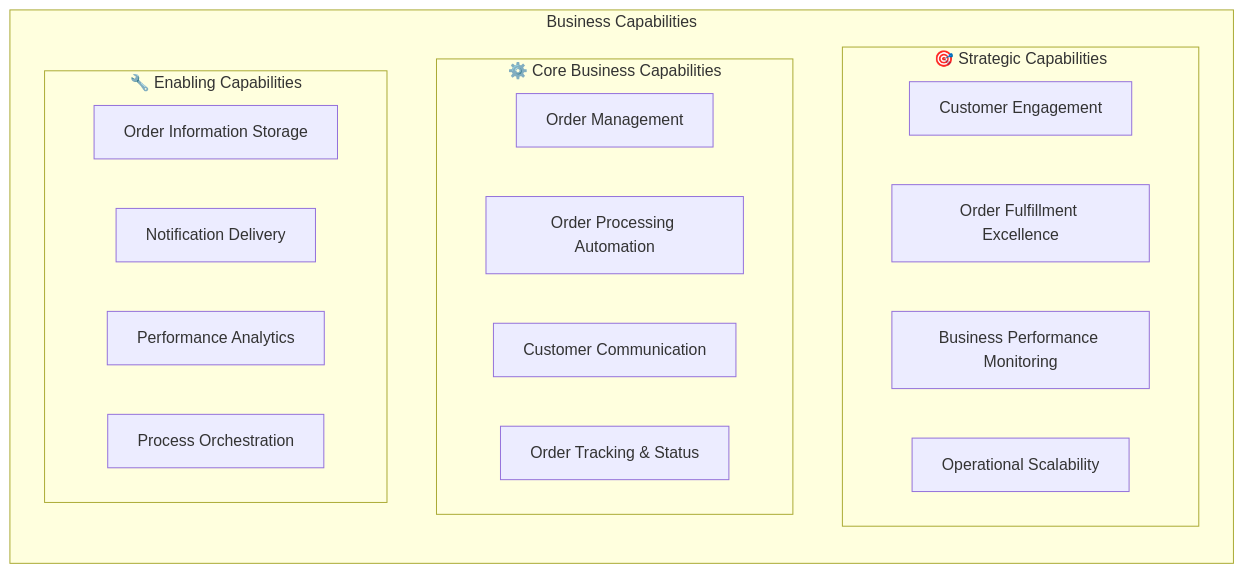
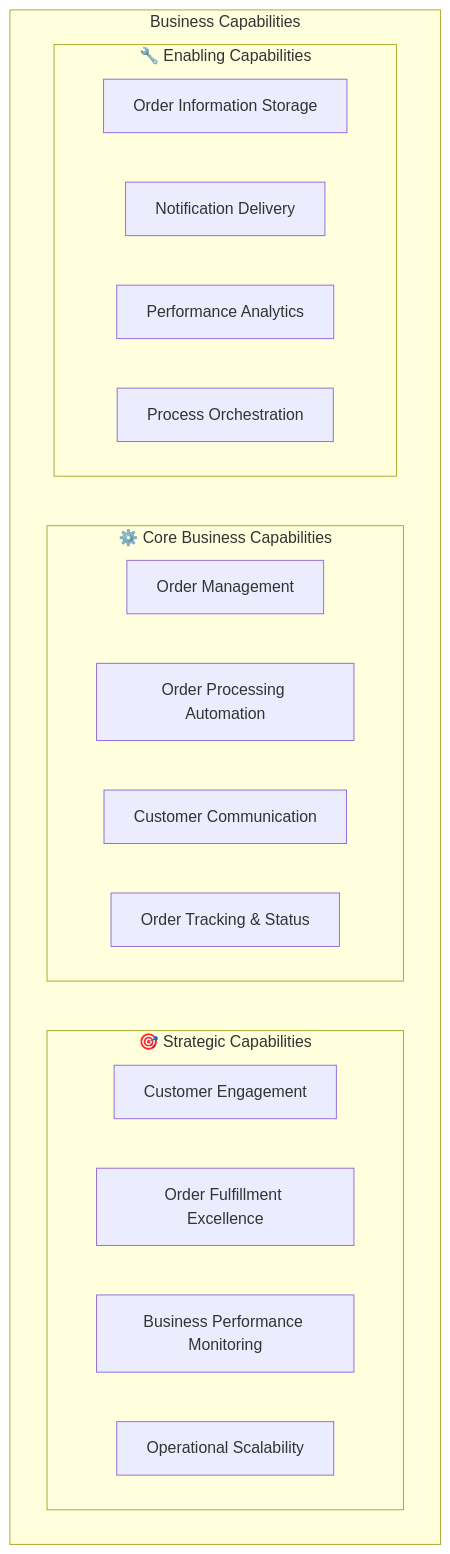
One commit to Evilazaro/Azure-LogicApps-Monitoring changed the first of 8 diagrams in docs/architecture/business-architecture.md. Above: the diagram before and after it, drawn with Mermaid.

Commit message:
docs: Remove flowchart direction from Business Capabilities for improved clarity

````diff
--- a/docs/architecture/business-architecture.md
+++ b/docs/architecture/business-architecture.md
@@ -126,29 +126,28 @@
 ```mermaid
 flowchart TD
     subgraph businesscap["Business Capabilities"]
-        direction TD
         subgraph strategic["🎯 Strategic Capabilities"]
             direction LR
             SC1["Customer Engagement"]
             SC2["Order Fulfillment Excellence"]
             SC3["Business Performance Monitoring"]
             SC4["Operational Scalability"]        
         end
         subgraph core["⚙️ Core Business Capabilities"]
             direction LR
             CC1["Order Management"]
             CC2["Order Processing Automation"]
             CC3["Customer Communication"]
             CC4["Order Tracking & Status"]
         end
         subgraph enabling["🔧 Enabling Capabilities"]
             direction LR
             EC1["Order Information Storage"]
             EC2["Notification Delivery"]
             EC3["Performance Analytics"]
             EC4["Process Orchestration"]
         end      
     end
     
 
 ```
````
